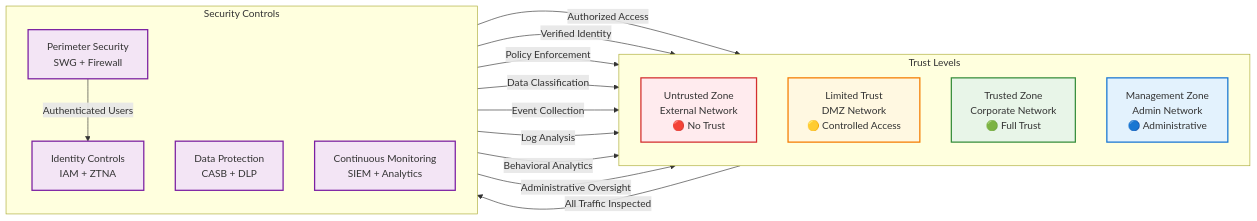
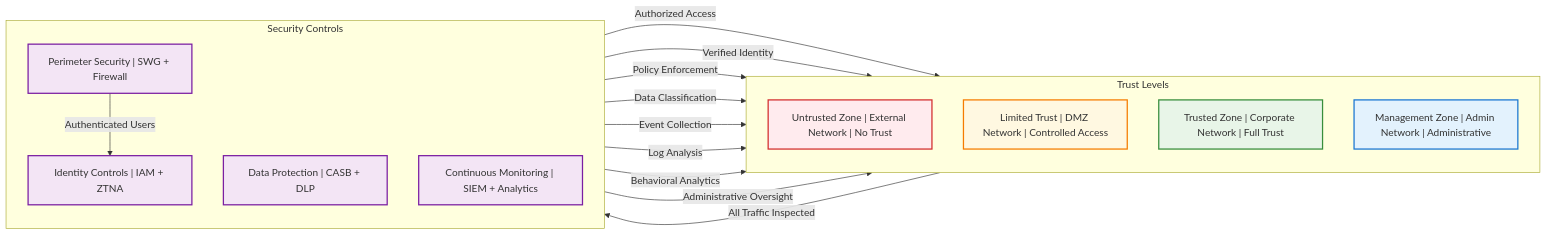
The sixth of 7 diagrams in ARCHITECTURE.md (tom-jordan23/ztlab), drawn with Mermaid before and after one commit. The commit also changed other lines of this file, not shown here.

Commit message:
diagram fixes

````diff
--- a/ARCHITECTURE.md
+++ b/ARCHITECTURE.md
@@ -424,43 +424,43 @@
 ```mermaid
 graph LR
     subgraph "Trust Levels"
         direction TB
-        UNTRUSTED[Untrusted Zone<br/>External Network<br/>🔴 No Trust]
-        LIMITED[Limited Trust<br/>DMZ Network<br/>🟡 Controlled Access]
-        TRUSTED[Trusted Zone<br/>Corporate Network<br/>🟢 Full Trust]
-        MANAGEMENT[Management Zone<br/>Admin Network<br/>🔵 Administrative]
+        UNTRUSTED["Untrusted Zone | External Network | No Trust"]
+        LIMITED["Limited Trust | DMZ Network | Controlled Access"]
+        TRUSTED["Trusted Zone | Corporate Network | Full Trust"]
+        MANAGEMENT["Management Zone | Admin Network | Administrative"]
     end
 
     subgraph "Security Controls"
         direction TB
-        PERIMETER[Perimeter Security<br/>SWG + Firewall]
-        IDENTITY[Identity Controls<br/>IAM + ZTNA]
-        DATA[Data Protection<br/>CASB + DLP]
-        MONITORING[Continuous Monitoring<br/>SIEM + Analytics]
+        PERIMETER["Perimeter Security | SWG + Firewall"]
+        IDENTITY["Identity Controls | IAM + ZTNA"]
+        DATA["Data Protection | CASB + DLP"]
+        MONITORING["Continuous Monitoring | SIEM + Analytics"]
     end
 
     UNTRUSTED -->|All Traffic Inspected| PERIMETER
     PERIMETER -->|Authenticated Users| IDENTITY
     IDENTITY -->|Authorized Access| LIMITED
     IDENTITY -->|Verified Identity| TRUSTED
     
     DATA -->|Policy Enforcement| LIMITED
     DATA -->|Data Classification| TRUSTED
     
     MONITORING -->|Event Collection| UNTRUSTED
     MONITORING -->|Log Analysis| LIMITED
     MONITORING -->|Behavioral Analytics| TRUSTED
     MONITORING -->|Administrative Oversight| MANAGEMENT
 
     classDef untrusted fill:#ffebee,stroke:#d32f2f,stroke-width:2px
     classDef limited fill:#fff8e1,stroke:#f57c00,stroke-width:2px
     classDef trusted fill:#e8f5e8,stroke:#388e3c,stroke-width:2px
     classDef mgmt fill:#e3f2fd,stroke:#1976d2,stroke-width:2px
     classDef security fill:#f3e5f5,stroke:#7b1fa2,stroke-width:2px
 
     class UNTRUSTED untrusted
     class LIMITED limited
     class TRUSTED trusted
     class MANAGEMENT mgmt
     class PERIMETER,IDENTITY,DATA,MONITORING security
 ```
````
